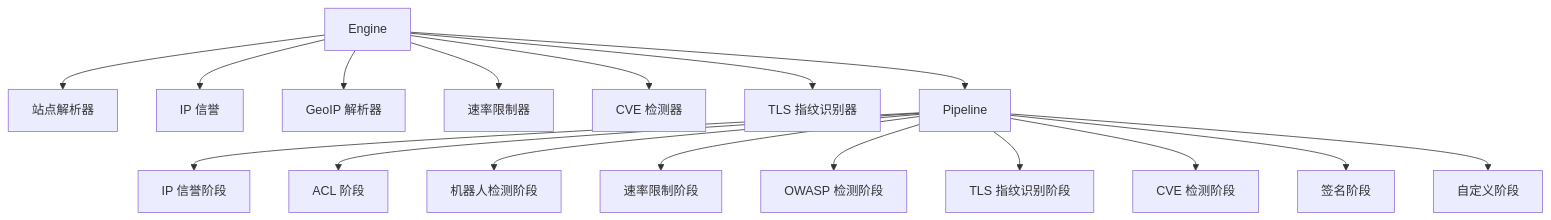
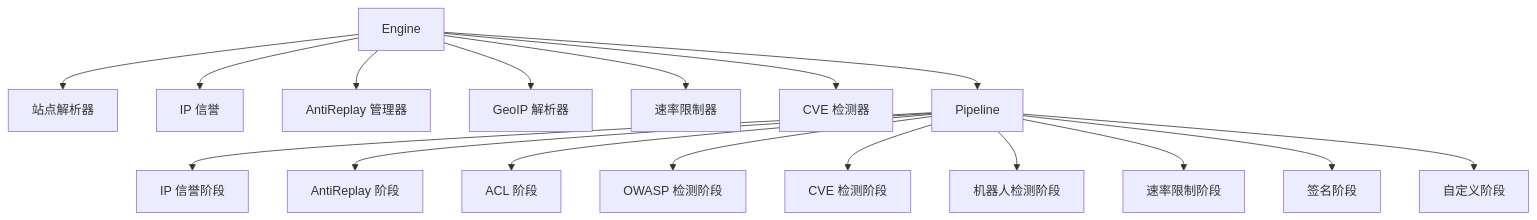
Before and after one commit to x01n/My-OpenWaf: diagram 11 of 11 in docs/WAF 引擎系统/处理阶段详解/处理阶段详解.md, drawn with Mermaid. The commit also changed other lines of this file and 354 other files, not shown here.

````diff
--- a/docs/WAF 引擎系统/处理阶段详解/处理阶段详解.md
+++ b/docs/WAF 引擎系统/处理阶段详解/处理阶段详解.md
@@ -493,19 +458,19 @@
 ```mermaid
 graph TB
 Engine["Engine"] --> Resolver["站点解析器"]
 Engine --> IPRep["IP 信誉"]
+Engine --> AR["AntiReplay 管理器"]
 Engine --> Geo["GeoIP 解析器"]
 Engine --> RL["速率限制器"]
 Engine --> CVE["CVE 检测器"]
-Engine --> TLS["TLS 指纹识别器"]
 Engine --> Pipe["Pipeline"]
 Pipe --> Ph_IPRep["IP 信誉阶段"]
+Pipe --> Ph_AR["AntiReplay 阶段"]
 Pipe --> Ph_ACL["ACL 阶段"]
+Pipe --> Ph_OWASP["OWASP 检测阶段"]
+Pipe --> Ph_CVE["CVE 检测阶段"]
 Pipe --> Ph_Bot["机器人检测阶段"]
 Pipe --> Ph_Rate["速率限制阶段"]
-Pipe --> Ph_OWASP["OWASP 检测阶段"]
-Pipe --> Ph_TLS["TLS 指纹识别阶段"]
-Pipe --> Ph_CVE["CVE 检测阶段"]
 Pipe --> Ph_Sig["签名阶段"]
 Pipe --> Ph_Custom["自定义阶段"]
 ```
````
